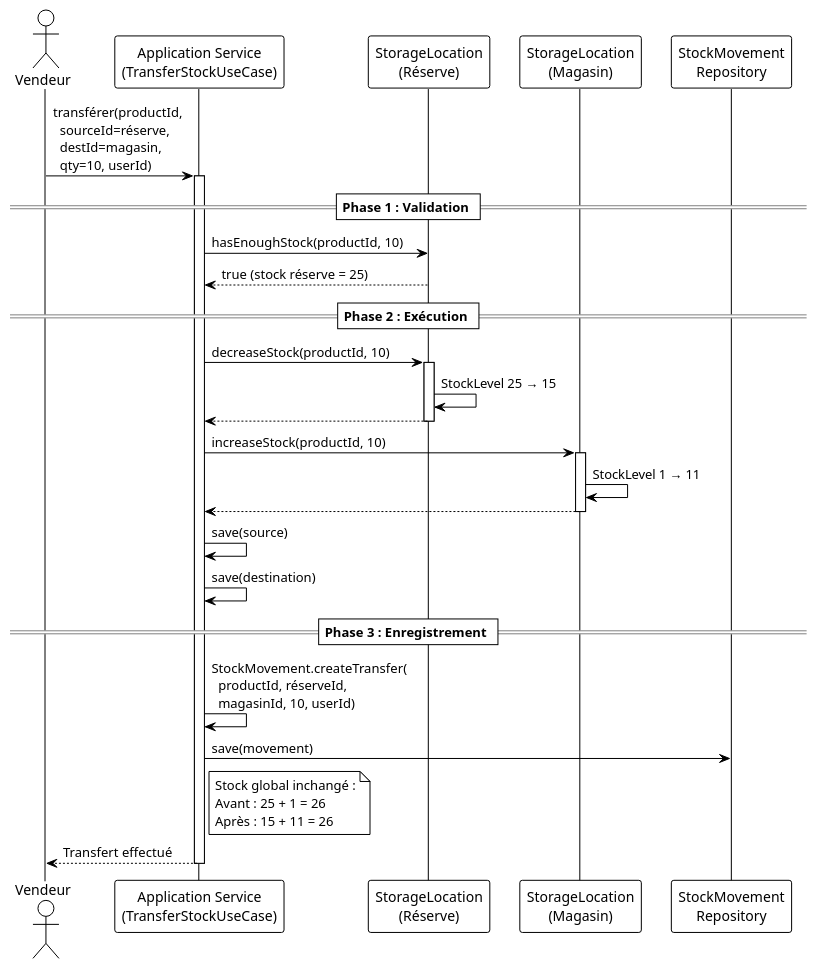
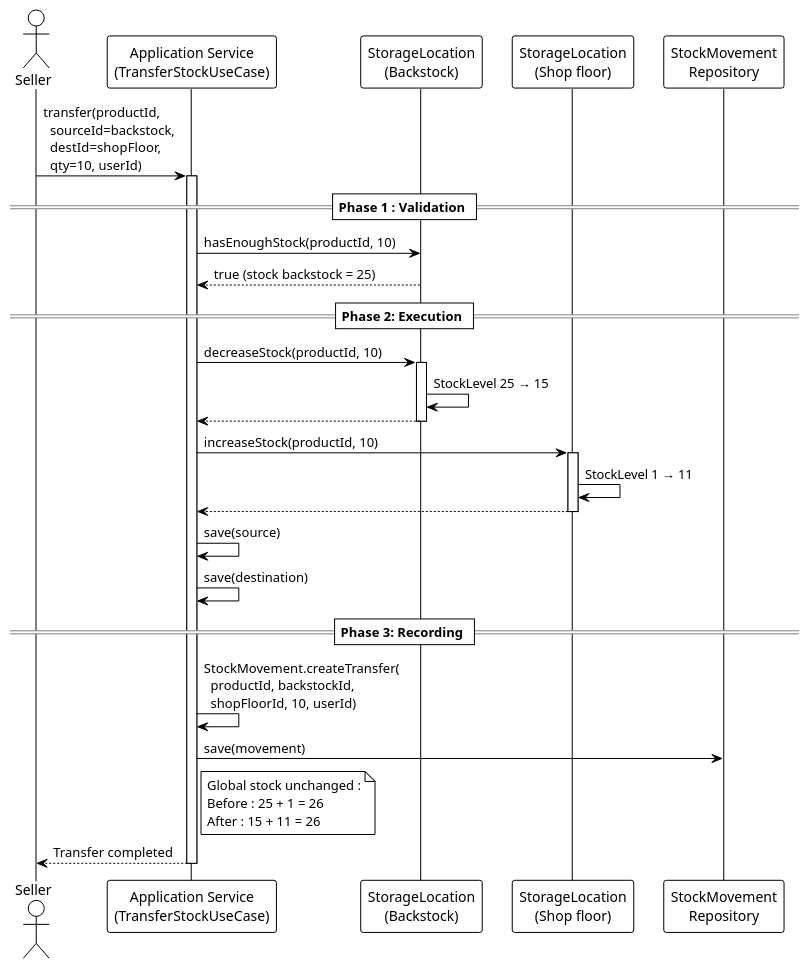
One commit to aliCheikCheikh/auto-stock-management changed the diagram in antora-docs/modules/domain/pages/flow-transfer.adoc. Above: the diagram before and after it, drawn with PlantUML. The commit also changed other lines of this file and 542 other files, not shown here.

```diff
--- a/antora-docs/modules/domain/pages/flow-transfer.adoc
+++ b/antora-docs/modules/domain/pages/flow-transfer.adoc
@@ -19,54 +17,54 @@
 [plantuml]
 ----
 @startuml
 !theme plain
 skinparam backgroundColor transparent
 
-actor Vendeur as V
+actor Seller as V
 participant "Application Service\n(TransferStockUseCase)" as AS
-participant "StorageLocation\n(Réserve)" as SLR
-participant "StorageLocation\n(Magasin)" as SLM
+participant "StorageLocation\n(Backstock)" as SLR
+participant "StorageLocation\n(Shop floor)" as SLM
 participant "StockMovement\nRepository" as SMR
 
-V -> AS : transférer(productId,\n  sourceId=réserve,\n  destId=magasin,\n  qty=10, userId)
+V -> AS : transfer(productId,\n  sourceId=backstock,\n  destId=shopFloor,\n  qty=10, userId)
 activate AS
 
 == Phase 1 : Validation ==
 
 AS -> SLR : hasEnoughStock(productId, 10)
-SLR --> AS : true (stock réserve = 25)
+SLR --> AS : true (stock backstock = 25)
 
-== Phase 2 : Exécution ==
+== Phase 2: Execution ==
 
 AS -> SLR : decreaseStock(productId, 10)
 activate SLR
 SLR -> SLR : StockLevel 25 → 15
 SLR --> AS
 deactivate SLR
 
 AS -> SLM : increaseStock(productId, 10)
 activate SLM
 SLM -> SLM : StockLevel 1 → 11
 SLM --> AS
 deactivate SLM
 
 AS -> AS : save(source)
 AS -> AS : save(destination)
 
-== Phase 3 : Enregistrement ==
+== Phase 3: Recording ==
 
-AS -> AS : StockMovement.createTransfer(\n  productId, réserveId,\n  magasinId, 10, userId)
+AS -> AS : StockMovement.createTransfer(\n  productId, backstockId,\n  shopFloorId, 10, userId)
 
 AS -> SMR : save(movement)
 
 note right of AS
-  Stock global inchangé :
-  Avant : 25 + 1 = 26
-  Après : 15 + 11 = 26
+  Global stock unchanged :
+  Before : 25 + 1 = 26
+  After : 15 + 11 = 26
 end note
 
-AS --> V : Transfert effectué
+AS --> V : Transfer completed
 deactivate AS
 
 @enduml
 ----
```
